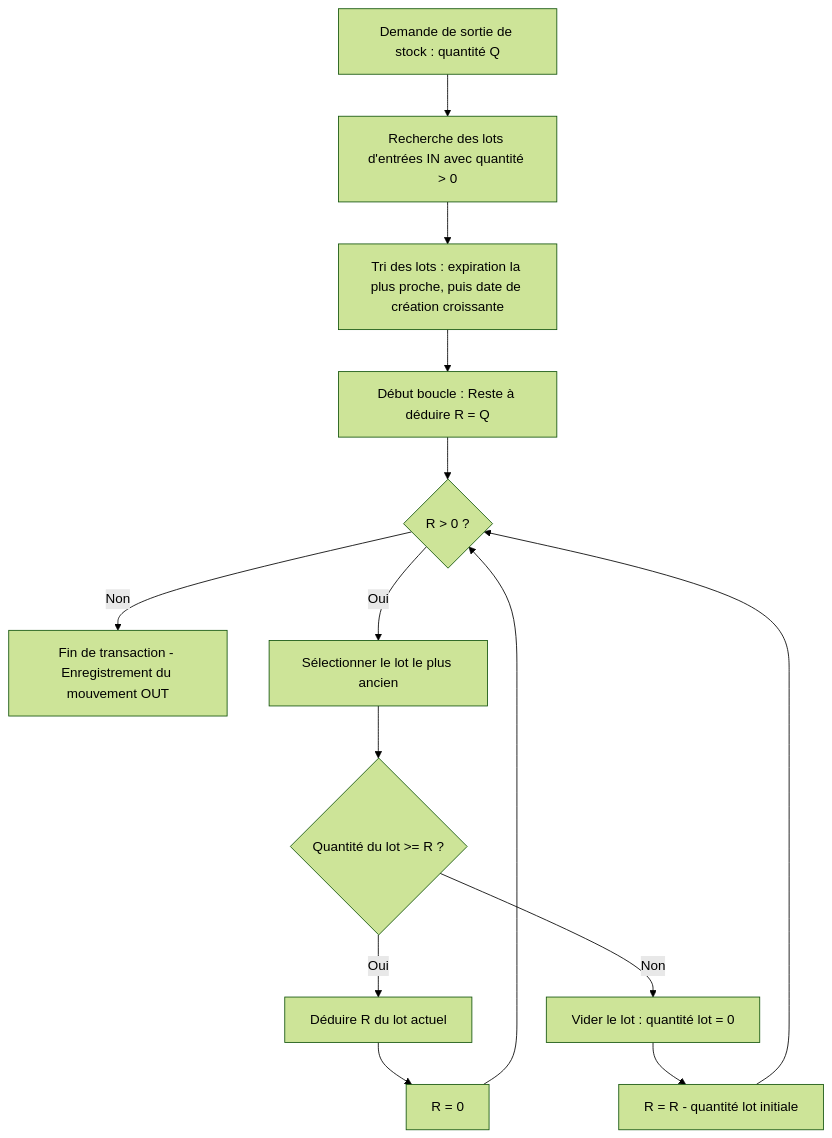
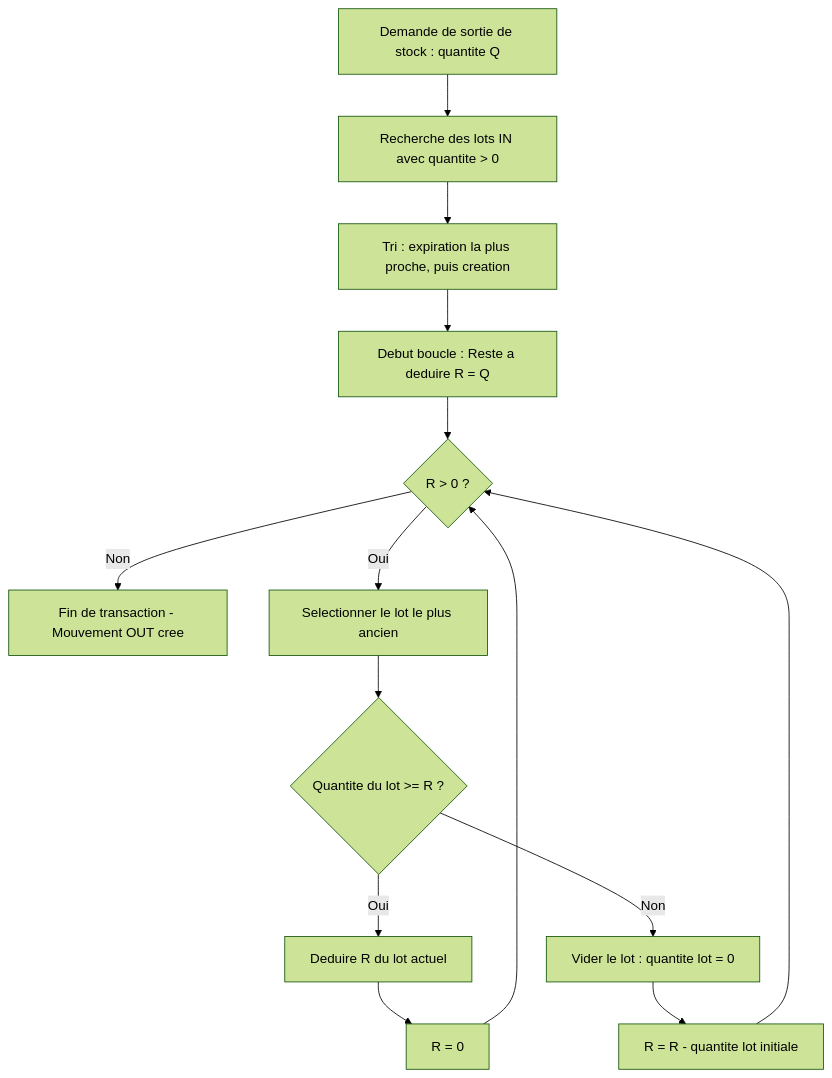
The sixth of 6 diagrams in docs/RAPPORT_TECHNIQUE.md (Xoner1/AeroServe), drawn with Mermaid (forest theme) before and after one commit. The commit also changed other lines of this file and 46 other files, not shown here.

````diff
--- a/docs/RAPPORT_TECHNIQUE.md
+++ b/docs/RAPPORT_TECHNIQUE.md
@@ -507,19 +404,19 @@
 ```mermaid
 flowchart TD
-    Start[Demande de sortie de stock : quantité Q] --> GetLots[Recherche des lots d'entrées IN avec quantité > 0]
-    GetLots --> SortLots[Tri des lots : expiration la plus proche, puis date de création croissante]
-    SortLots --> Init[Début boucle : Reste à déduire R = Q]
+    Start[Demande de sortie de stock : quantite Q] --> GetLots[Recherche des lots IN avec quantite > 0]
+    GetLots --> SortLots[Tri : expiration la plus proche, puis creation]
+    SortLots --> Init[Debut boucle : Reste a deduire R = Q]
     Init --> CheckR{R > 0 ?}
     
-    CheckR -->|Non| Complete[Fin de transaction - Enregistrement du mouvement OUT]
-    CheckR -->|Oui| GetFirst[Sélectionner le lot le plus ancien]
-    GetFirst --> CheckBatch{Quantité du lot >= R ?}
+    CheckR -->|Non| Complete[Fin de transaction - Mouvement OUT cree]
+    CheckR -->|Oui| GetFirst[Selectionner le lot le plus ancien]
+    GetFirst --> CheckBatch{Quantite du lot >= R ?}
     
-    CheckBatch -->|Oui| DeductPart[Déduire R du lot actuel]
+    CheckBatch -->|Oui| DeductPart[Deduire R du lot actuel]
     DeductPart --> SetRZero[R = 0]
     SetRZero --> CheckR
     
-    CheckBatch -->|Non| EmptyBatch[Vider le lot : quantité lot = 0]
-    EmptyBatch --> SubstractR[R = R - quantité lot initiale]
+    CheckBatch -->|Non| EmptyBatch[Vider le lot : quantite lot = 0]
+    EmptyBatch --> SubstractR[R = R - quantite lot initiale]
     SubstractR --> CheckR
 ```
````
